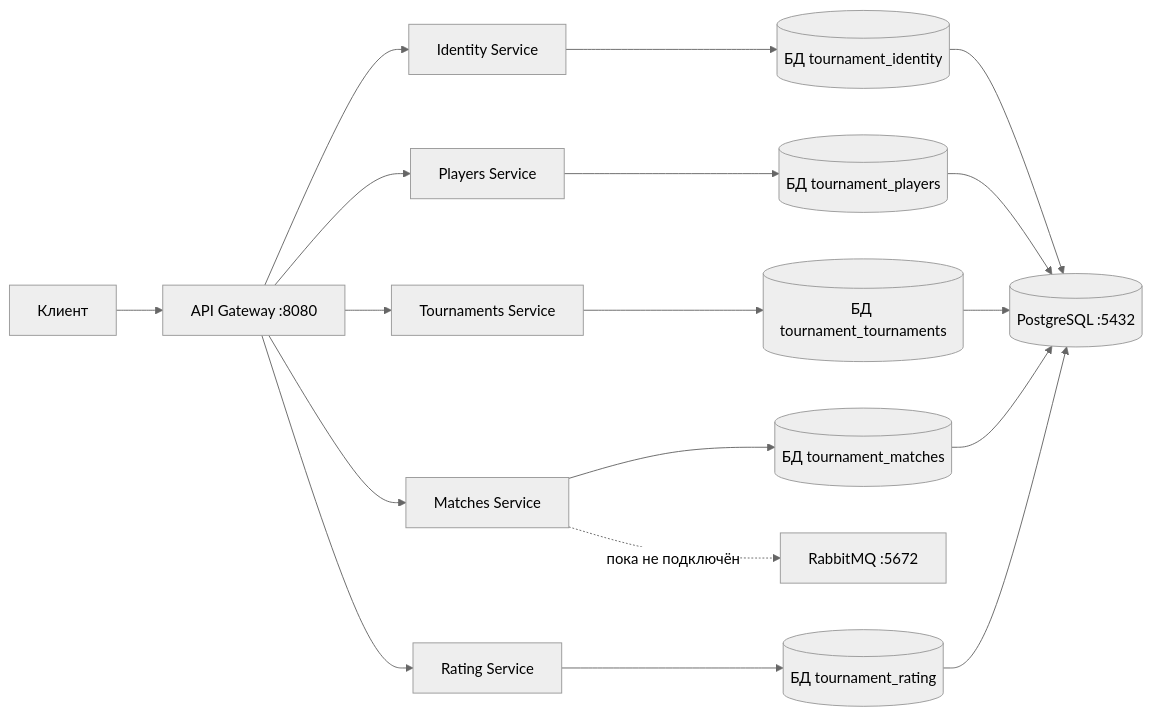
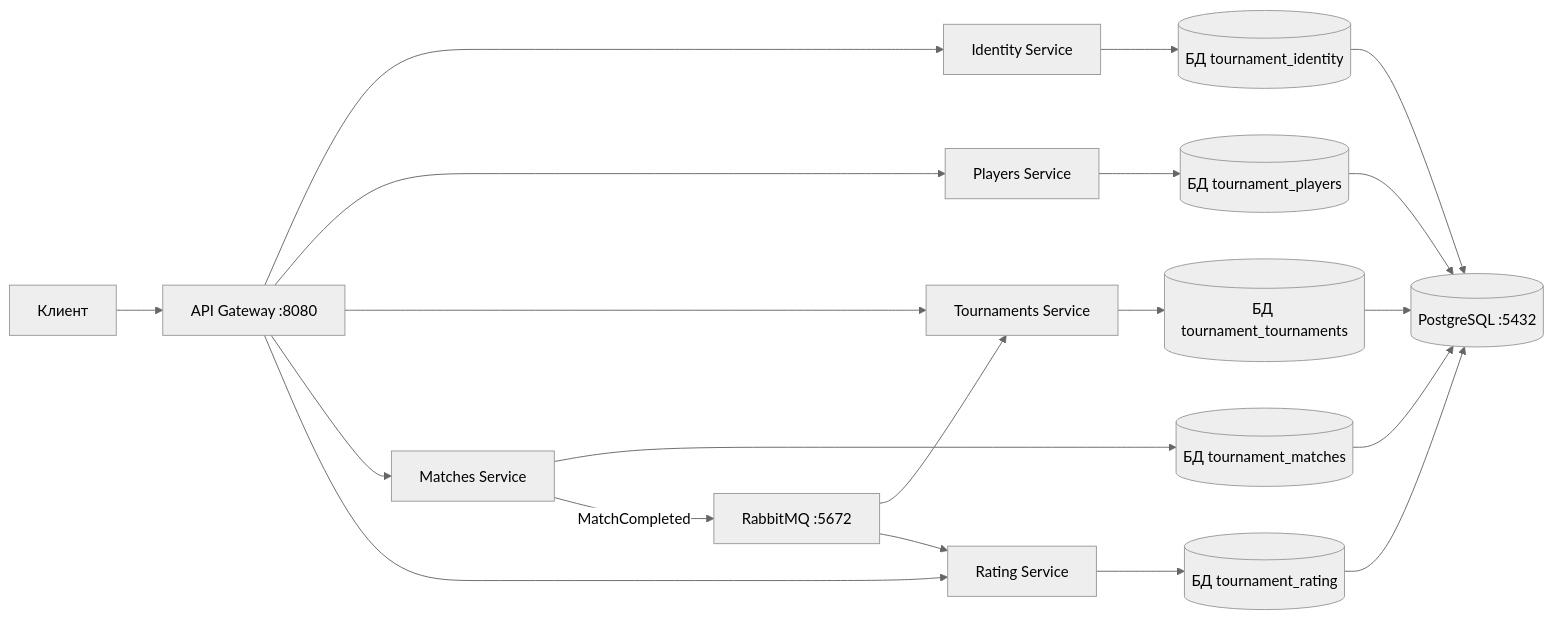
The diagram in README.md (Neyvk/TournamentPlatform), drawn with Mermaid (neutral theme) before and after one commit. The commit also changed other lines of this file and 17 other files, not shown here.

Commit message:
feat(messaging): publish match completion events through RabbitMQ

````diff
--- a/README.md
+++ b/README.md
@@ -17,20 +17,22 @@
 ```mermaid
 flowchart LR
     Client[Клиент] --> Gateway[API Gateway :8080]
     Gateway --> Identity[Identity Service]
     Gateway --> Players[Players Service]
     Gateway --> Tournaments[Tournaments Service]
     Gateway --> Matches[Matches Service]
     Gateway --> Rating[Rating Service]
     Identity --> IdentityDB[(БД tournament_identity)]
     Players --> PlayersDB[(БД tournament_players)]
     Tournaments --> TournamentsDB[(БД tournament_tournaments)]
     Matches --> MatchesDB[(БД tournament_matches)]
     Rating --> RatingDB[(БД tournament_rating)]
     IdentityDB --> DB[(PostgreSQL :5432)]
     PlayersDB --> DB
     TournamentsDB --> DB
     MatchesDB --> DB
     RatingDB --> DB
-    Matches -. пока не подключён .-> MQ[RabbitMQ :5672]
+    Matches -->|MatchCompleted| MQ[RabbitMQ :5672]
+    MQ --> Tournaments
+    MQ --> Rating
 ```
````
